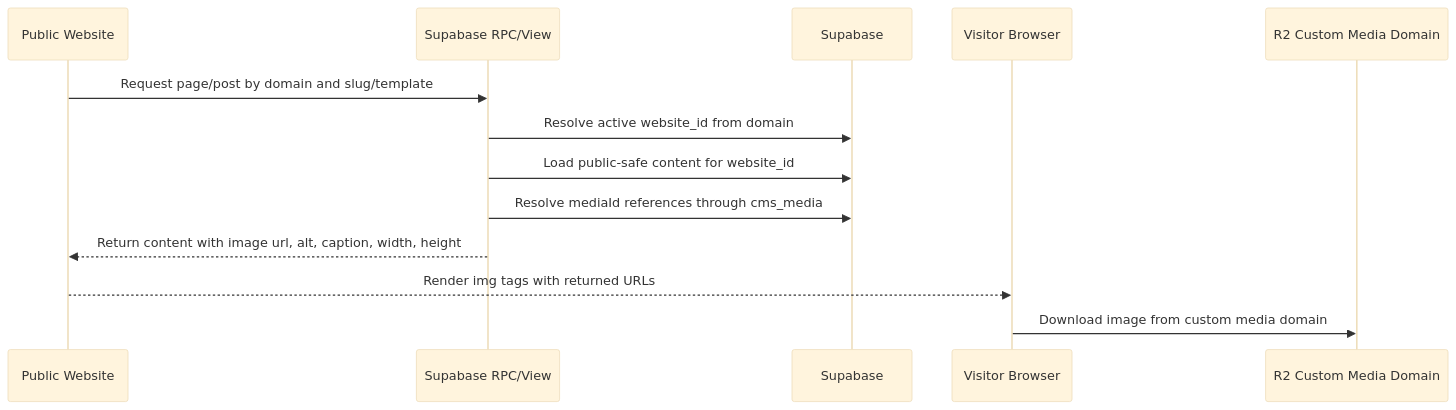
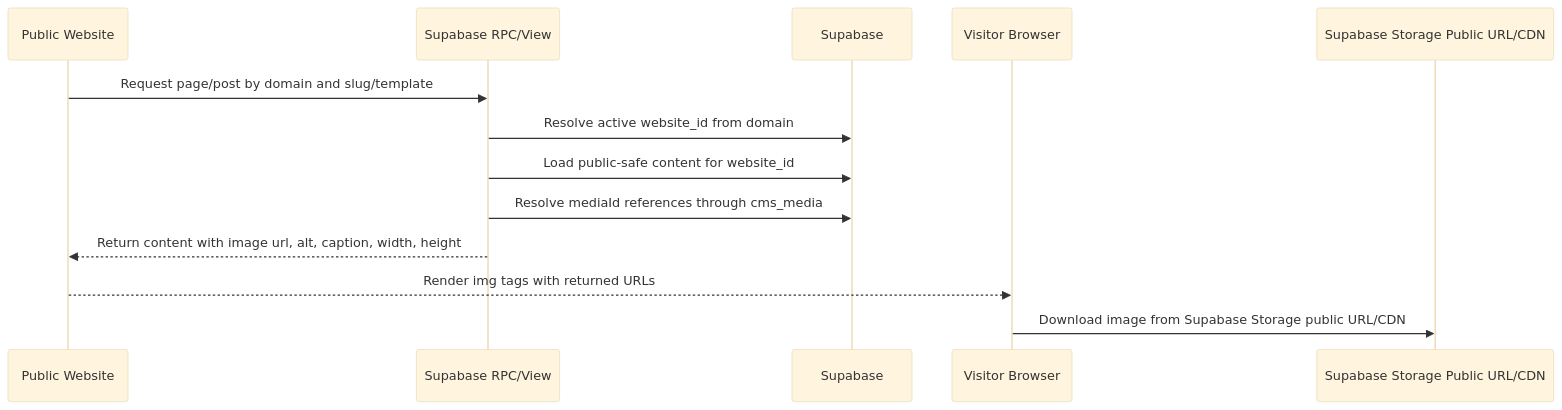
One commit to nisarhali2022/Admin-CMS changed the fifth of 6 diagrams in docs/ARCHITECTURE.md. Above: the diagram before and after it, drawn with Mermaid (base theme). The commit also changed other lines of this file and 78 other files, not shown here.

````diff
--- a/docs/ARCHITECTURE.md
+++ b/docs/ARCHITECTURE.md
@@ -126,16 +127,16 @@
 ```mermaid
 sequenceDiagram
   participant S as Public Website
   participant RPC as Supabase RPC/View
   participant DB as Supabase
   participant B as Visitor Browser
-  participant CDN as R2 Custom Media Domain
+  participant StorageCDN as Supabase Storage Public URL/CDN
 
   S->>RPC: Request page/post by domain and slug/template
   RPC->>DB: Resolve active website_id from domain
   RPC->>DB: Load public-safe content for website_id
   RPC->>DB: Resolve mediaId references through cms_media
   RPC-->>S: Return content with image url, alt, caption, width, height
   S-->>B: Render img tags with returned URLs
-  B->>CDN: Download image from custom media domain
+  B->>StorageCDN: Download image from Supabase Storage public URL/CDN
 ```
````
